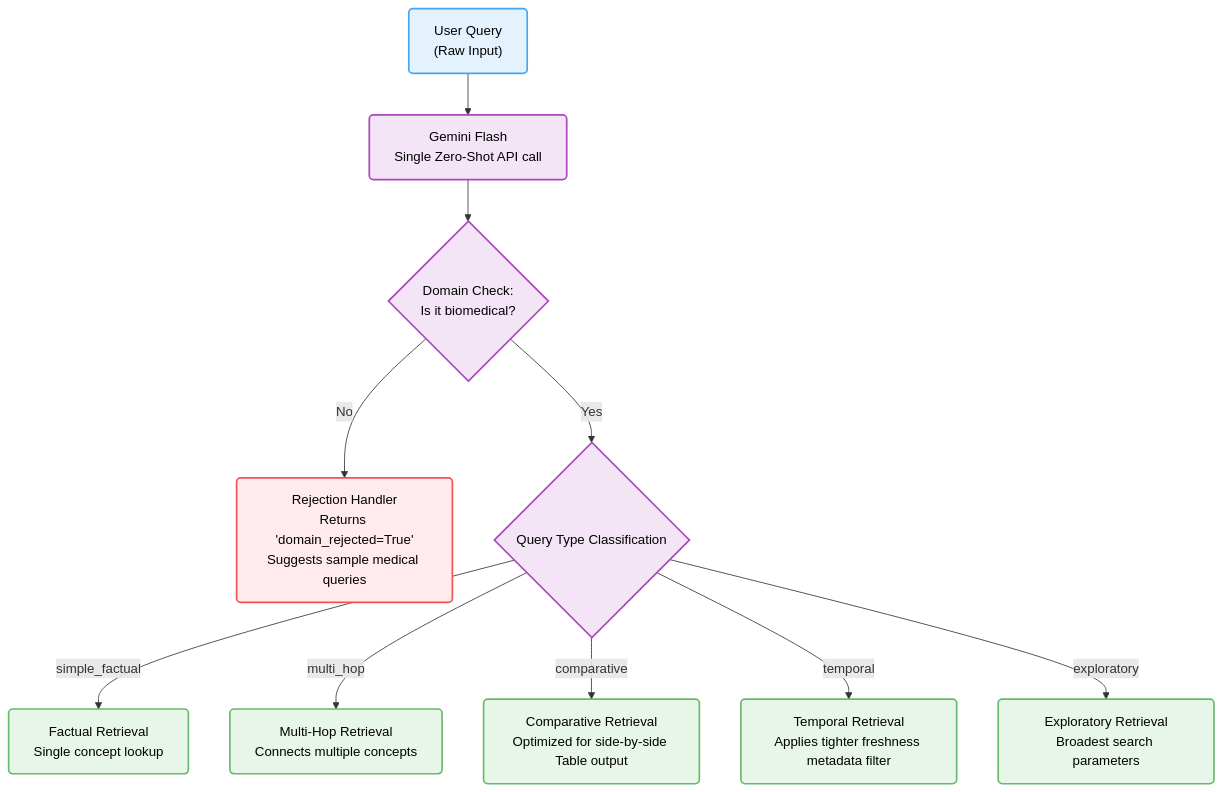
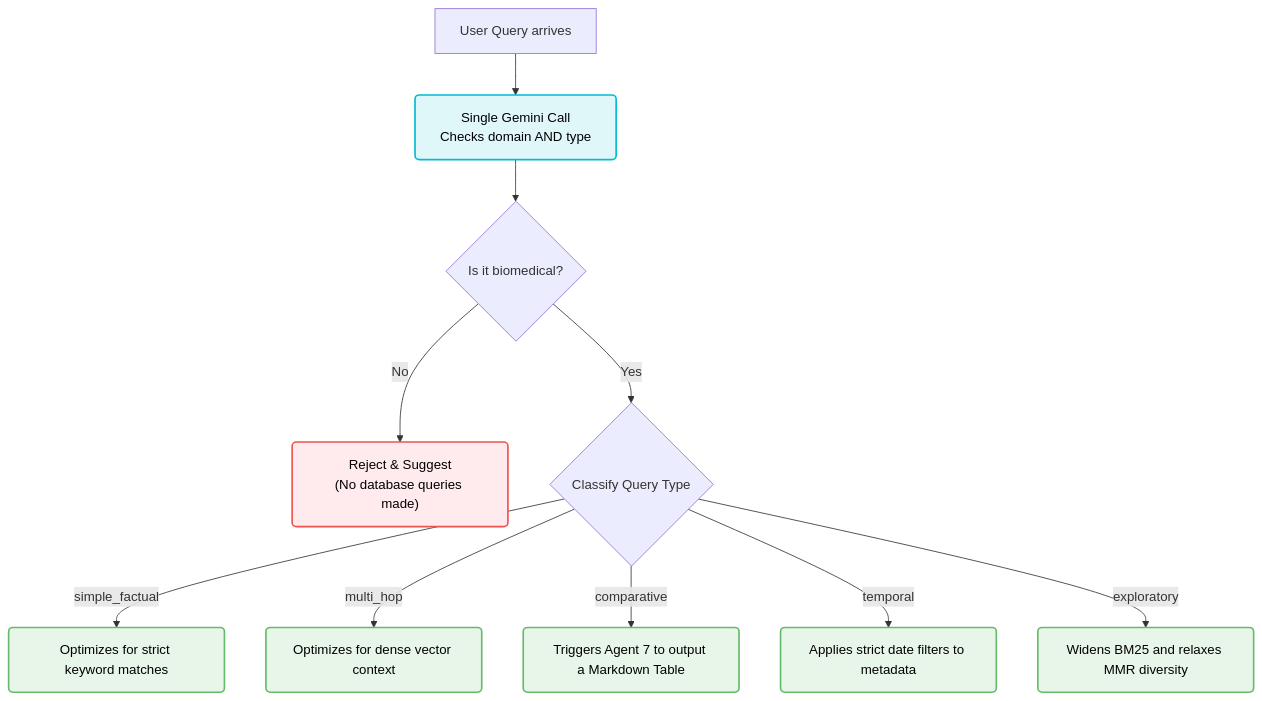
Before and after one commit to pavan939111/SelfLearning_Rag: the second of 12 diagrams in ARCHITECTURE.md, drawn with Mermaid. The commit also changed other lines of this file and 2 other files, not shown here.

Commit message:
docs: finalize architecture documentation by merging highly-detailed agent and cycle diagrams into the new structure

````diff
--- a/ARCHITECTURE.md
+++ b/ARCHITECTURE.md
@@ -126,19 +52,18 @@
 ```mermaid
 flowchart TD
-    classDef input fill:#e3f2fd,stroke:#42a5f5,stroke-width:2px,color:#000,rx:5px
-    classDef process fill:#f3e5f5,stroke:#ab47bc,stroke-width:2px,color:#000,rx:5px
+    classDef process fill:#e0f7fa,stroke:#00bcd4,stroke-width:2px,color:#000,rx:5px
     classDef fail fill:#ffebee,stroke:#ef5350,stroke-width:2px,color:#000,rx:5px
     classDef route fill:#e8f5e9,stroke:#66bb6a,stroke-width:2px,color:#000,rx:5px
 
-    Q["User Query\n(Raw Input)"]:::input --> GEMINI["Gemini Flash\nSingle Zero-Shot API call"]:::process
+    Q["User Query arrives"] --> GEMINI["Single Gemini Call\nChecks domain AND type"]:::process
 
-    GEMINI --> DOM{"Domain Check:\nIs it biomedical?"}:::process
-    DOM -->|"No"| REJ["Rejection Handler\nReturns 'domain_rejected=True'\nSuggests sample medical queries"]:::fail
-    DOM -->|"Yes"| TYPE{"Query Type Classification"}:::process
+    GEMINI --> DOM{"Is it biomedical?"}
+    DOM -->|"No"| REJ["Reject & Suggest\n(No database queries made)"]:::fail
+    DOM -->|"Yes"| TYPE{"Classify Query Type"}
 
-    TYPE -->|"simple_factual"| T1["Factual Retrieval\nSingle concept lookup"]:::route
-    TYPE -->|"multi_hop"| T2["Multi-Hop Retrieval\nConnects multiple concepts"]:::route
-    TYPE -->|"comparative"| T3["Comparative Retrieval\nOptimized for side-by-side Table output"]:::route
-    TYPE -->|"temporal"| T4["Temporal Retrieval\nApplies tighter freshness metadata filter"]:::route
-    TYPE -->|"exploratory"| T5["Exploratory Retrieval\nBroadest search parameters"]:::route
+    TYPE -->|"simple_factual"| T1["Optimizes for strict keyword matches"]:::route
+    TYPE -->|"multi_hop"| T2["Optimizes for dense vector context"]:::route
+    TYPE -->|"comparative"| T3["Triggers Agent 7 to output a Markdown Table"]:::route
+    TYPE -->|"temporal"| T4["Applies strict date filters to metadata"]:::route
+    TYPE -->|"exploratory"| T5["Widens BM25 and relaxes MMR diversity"]:::route
 ```
````
